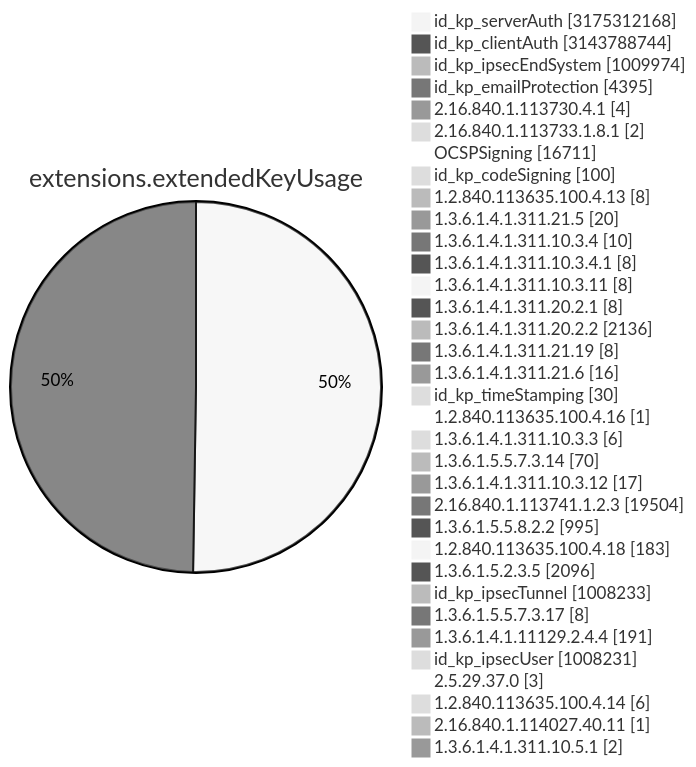
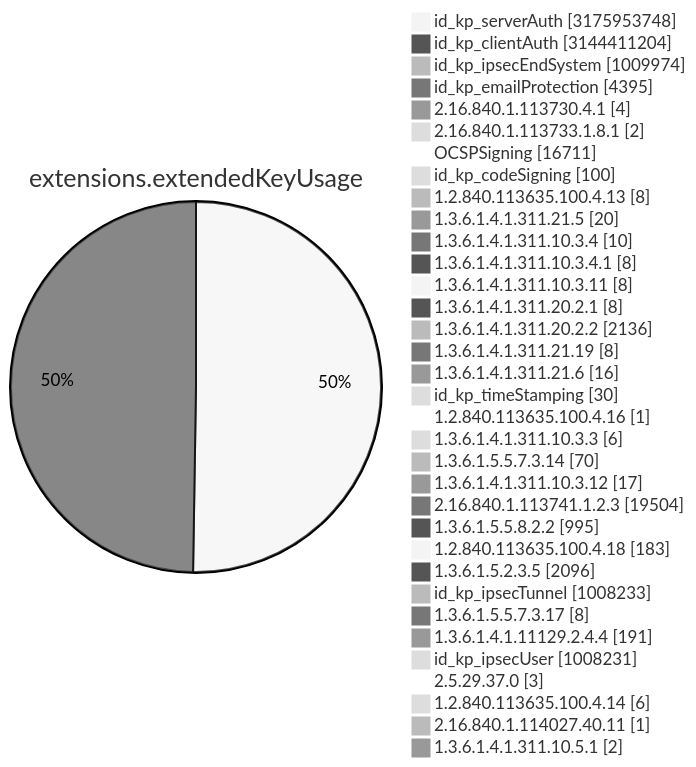
Diagram 11 of 15 in TOTAL/README.md (christiankrug/ctmonitor_visualization), drawn with Mermaid (neutral theme) before and after one commit. The commit also changed other lines of this file, not shown here.

````diff
--- a/TOTAL/README.md
+++ b/TOTAL/README.md
@@ -4119,38 +4119,38 @@
 ```mermaid
 pie showData
 title extensions.extendedKeyUsage
-"id_kp_serverAuth" :3175312168
-"id_kp_clientAuth" :3143788744
+"id_kp_serverAuth" :3175953748
+"id_kp_clientAuth" :3144411204
 "id_kp_ipsecEndSystem" :1009974
 "id_kp_emailProtection" :4395
 "2.16.840.1.113730.4.1" :4
 "2.16.840.1.113733.1.8.1" :2
 "OCSPSigning" :16711
 "id_kp_codeSigning" :100
 "1.2.840.113635.100.4.13" :8
 "1.3.6.1.4.1.311.21.5" :20
 "1.3.6.1.4.1.311.10.3.4" :10
 "1.3.6.1.4.1.311.10.3.4.1" :8
 "1.3.6.1.4.1.311.10.3.11" :8
 "1.3.6.1.4.1.311.20.2.1" :8
 "1.3.6.1.4.1.311.20.2.2" :2136
 "1.3.6.1.4.1.311.21.19" :8
 "1.3.6.1.4.1.311.21.6" :16
 "id_kp_timeStamping" :30
 "1.2.840.113635.100.4.16" :1
 "1.3.6.1.4.1.311.10.3.3" :6
 "1.3.6.1.5.5.7.3.14" :70
 "1.3.6.1.4.1.311.10.3.12" :17
 "2.16.840.1.113741.1.2.3" :19504
 "1.3.6.1.5.5.8.2.2" :995
 "1.2.840.113635.100.4.18" :183
 "1.3.6.1.5.2.3.5" :2096
 "id_kp_ipsecTunnel" :1008233
 "1.3.6.1.5.5.7.3.17" :8
 "1.3.6.1.4.1.11129.2.4.4" :191
 "id_kp_ipsecUser" :1008231
 "2.5.29.37.0" :3
 "1.2.840.113635.100.4.14" :6
 "2.16.840.1.114027.40.11" :1
 "1.3.6.1.4.1.311.10.5.1" :2
 ```
````
